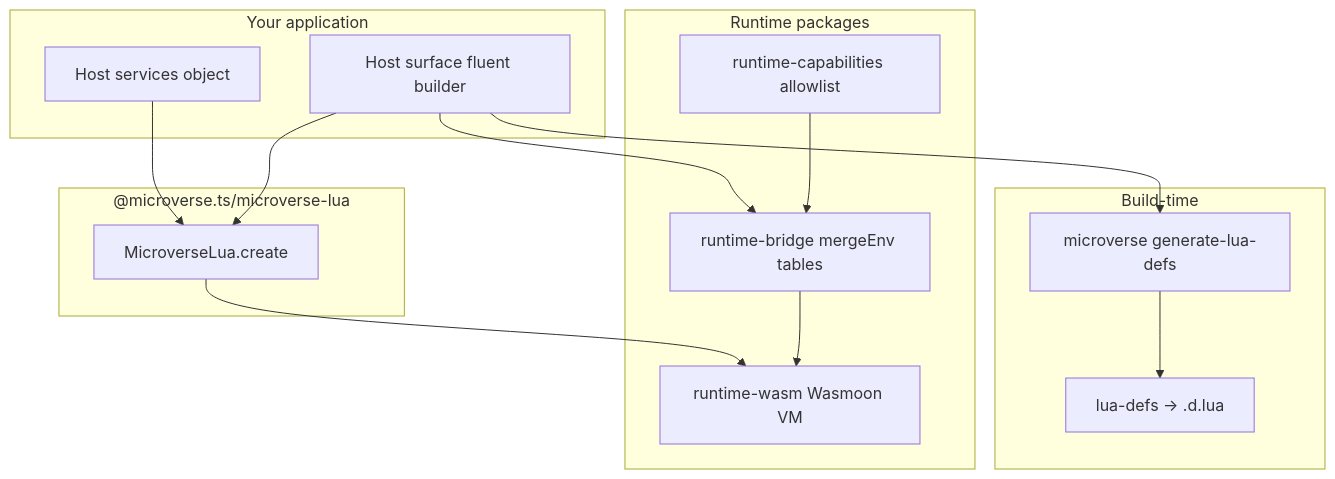
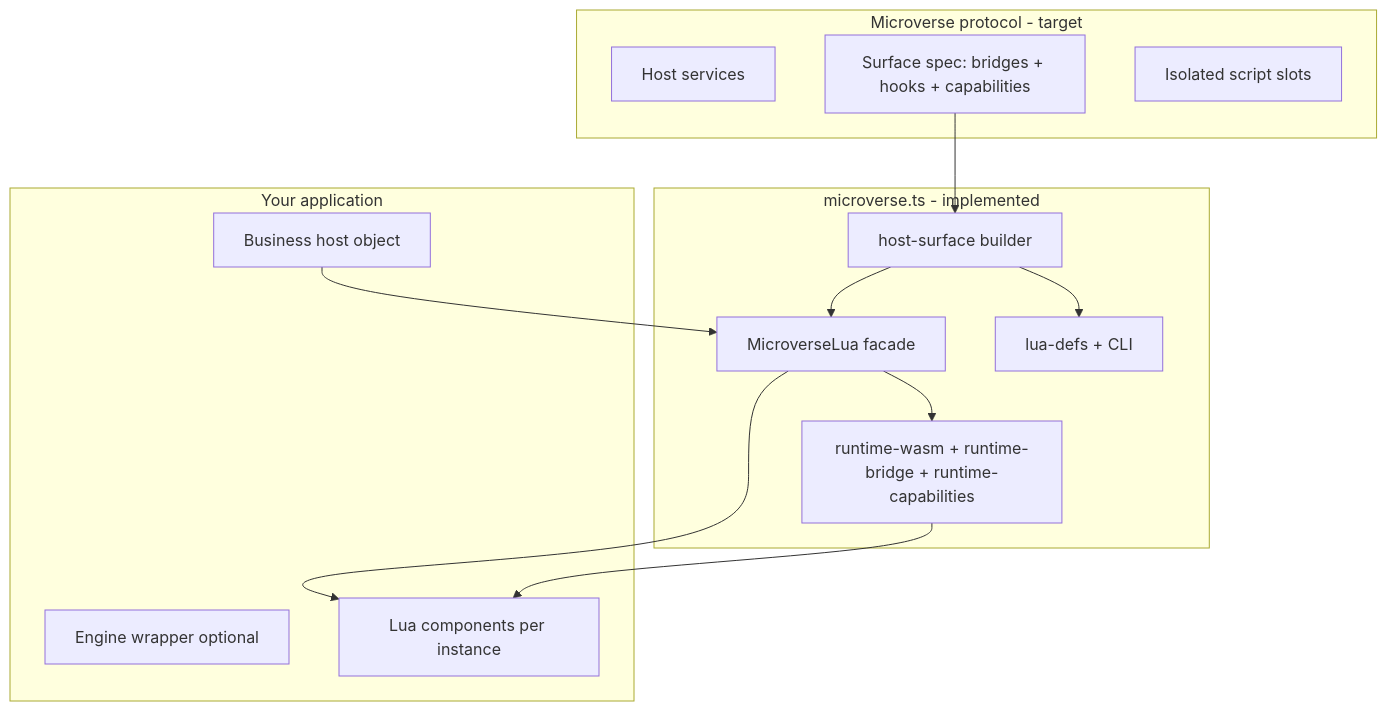
Before and after one commit to QADRAX/Microverse.ts: the diagram in README.md, drawn with Mermaid. The commit also changed other lines of this file and 4 other files, not shown here.

````diff
--- a/README.md
+++ b/README.md
@@ -19,31 +28,29 @@
 ```mermaid
 flowchart TB
-  subgraph app [Your application]
-    Host[Host services object]
-    Surface[Host surface fluent builder]
+  subgraph protocol [Microverse protocol - target]
+    HostContract[Host services]
+    SurfaceSpec[Surface spec: bridges + hooks + capabilities]
+    SlotModel[Isolated script slots]
   end
 
-  subgraph facade ["@microverse.ts/microverse-lua"]
-    ML[MicroverseLua.create]
+  subgraph impl [microverse.ts - implemented]
+    ML[MicroverseLua facade]
+    HS[host-surface builder]
+    RT[runtime-wasm + runtime-bridge + runtime-capabilities]
+    Defs[lua-defs + CLI]
   end
 
-  subgraph runtime [Runtime packages]
-    WASM[runtime-wasm Wasmoon VM]
-    Bridge[runtime-bridge mergeEnv tables]
-    Cap[runtime-capabilities allowlist]
+  subgraph app [Your application]
+    AppHost[Business host object]
+    AppEngine[Engine wrapper optional]
+    LuaScripts[Lua components per instance]
   end
 
-  subgraph build [Build-time]
-    CLI[microverse generate-lua-defs]
-    Defs[lua-defs → .d.lua]
-  end
-
-  Host --> ML
-  Surface --> ML
-  ML --> WASM
-  Surface --> Bridge
-  Bridge --> WASM
-  Cap --> Bridge
-  Surface --> CLI
-  CLI --> Defs
+  AppHost --> ML
+  SurfaceSpec --> HS
+  HS --> ML
+  ML --> RT
+  HS --> Defs
+  ML --> LuaScripts
+  RT --> LuaScripts
 ```
````
